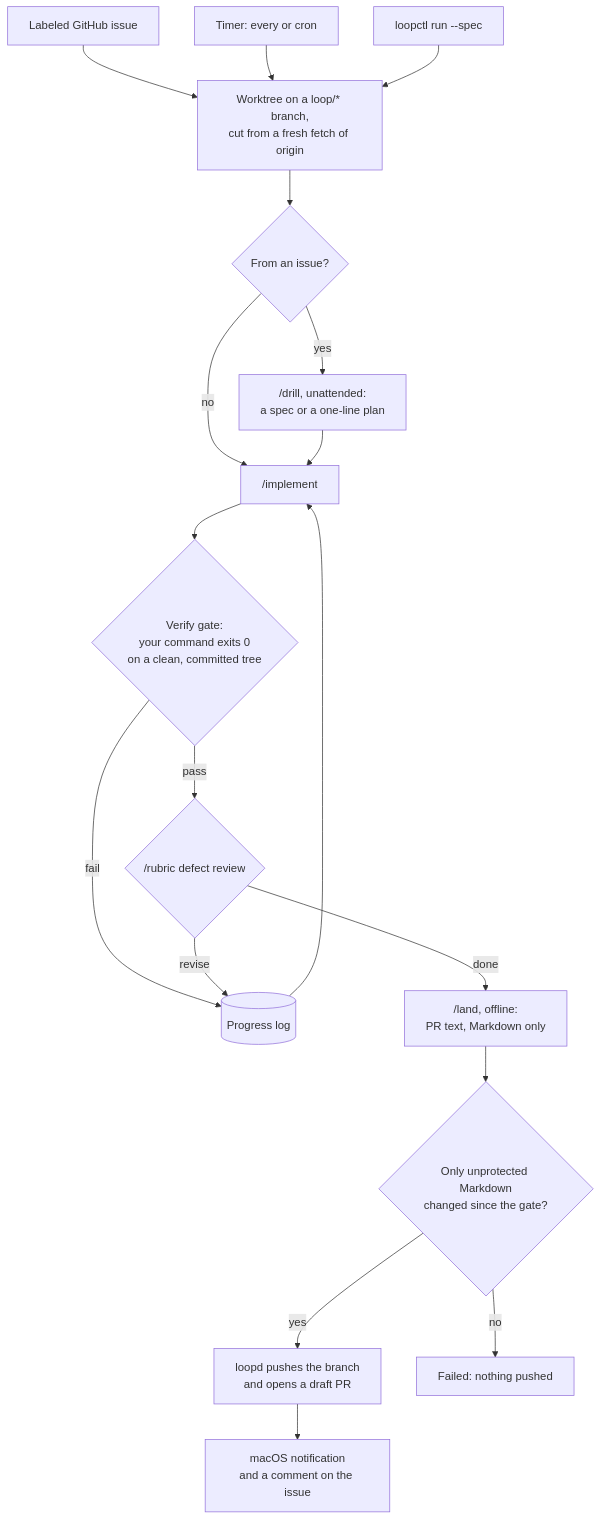
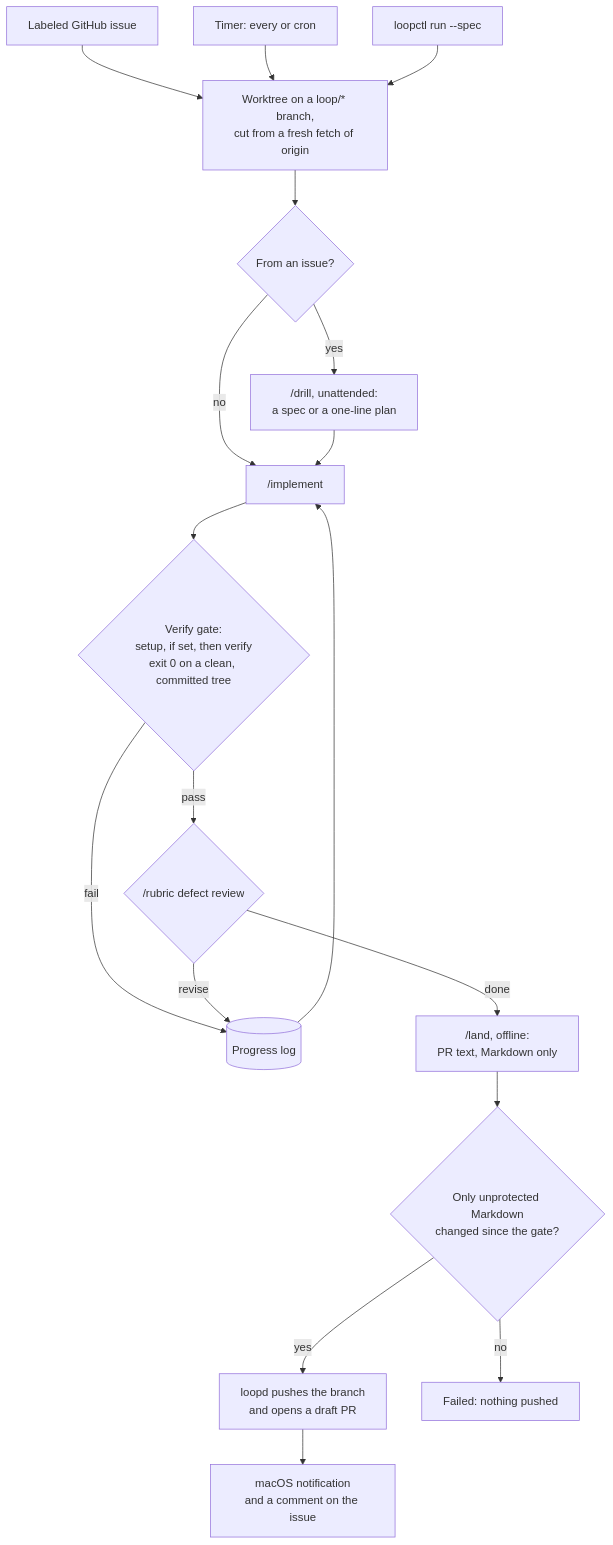
The first of 2 diagrams in README.md (yeremi777/loopgate), drawn with Mermaid before and after one commit. The commit also changed other lines of this file and 2 other files, not shown here.

Commit message:
document the setup command, its proxy and the dependency directories the protected path check skips

````diff
--- a/README.md
+++ b/README.md
@@ -20,20 +20,20 @@
 ```mermaid
 flowchart TD
     issue["Labeled GitHub issue"] --> wt
     timer["Timer: every or cron"] --> wt
     manual["loopctl run --spec"] --> wt
     wt["Worktree on a loop/* branch,<br/>cut from a fresh fetch of origin"] --> kind{"From an issue?"}
     kind -- yes --> drill["/drill, unattended:<br/>a spec or a one-line plan"]
     kind -- no --> impl
     drill --> impl["/implement"]
-    impl --> gate{"Verify gate:<br/>your command exits 0<br/>on a clean, committed tree"}
+    impl --> gate{"Verify gate:<br/>setup, if set, then verify<br/>exit 0 on a clean, committed tree"}
     gate -- fail --> log[("Progress log")]
     log --> impl
     gate -- pass --> rubric{"/rubric defect review"}
     rubric -- revise --> log
     rubric -- done --> land["/land, offline:<br/>PR text, Markdown only"]
     land --> ship{"Only unprotected Markdown<br/>changed since the gate?"}
     ship -- yes --> pr["loopd pushes the branch<br/>and opens a draft PR"]
     ship -- no --> failed["Failed: nothing pushed"]
     pr --> tell["macOS notification<br/>and a comment on the issue"]
 ```
````
